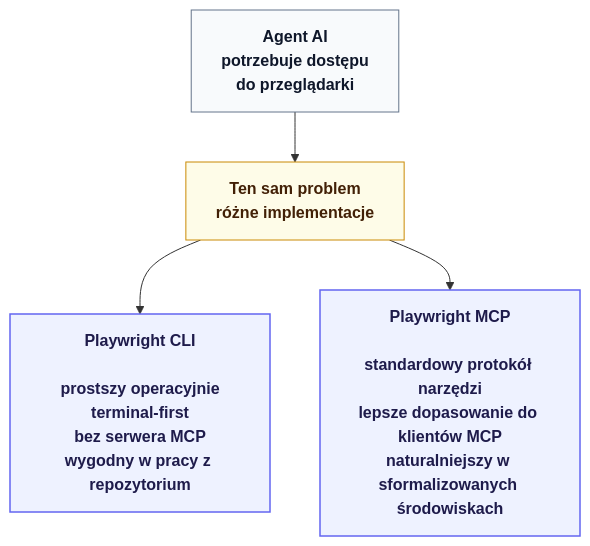
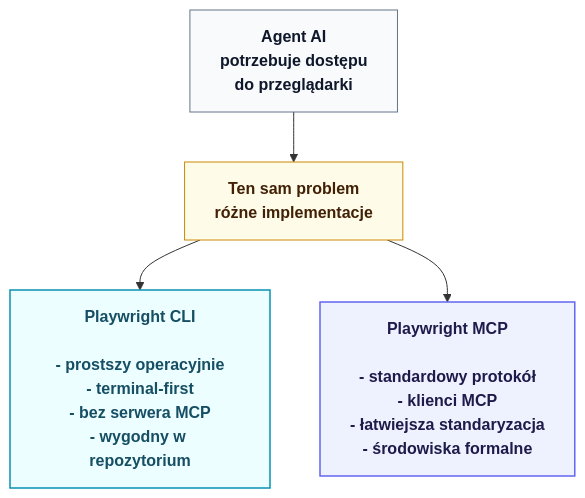
Before and after one commit to AI-Testers-pl/playwright-multiagent-demo: the diagram in BONUS-playwright-cli-vs-mcp.md, drawn with Mermaid.

Commit message:
Improve Playwright comparison diagram labels

````diff
--- a/BONUS-playwright-cli-vs-mcp.md
+++ b/BONUS-playwright-cli-vs-mcp.md
@@ -120,16 +120,18 @@
 ```mermaid
 flowchart TD
     Need["Agent AI<br/>potrzebuje dostępu<br/>do przeglądarki"]
     Need --> Same["Ten sam problem<br/>różne implementacje"]
 
-    Same --> CLI["Playwright CLI<br/><br/>prostszy operacyjnie<br/>terminal-first<br/>bez serwera MCP<br/>wygodny w pracy z repozytorium"]
-    Same --> MCP["Playwright MCP<br/><br/>standardowy protokół narzędzi<br/>lepsze dopasowanie do klientów MCP<br/>naturalniejszy w sformalizowanych środowiskach"]
+    Same --> CLI["Playwright CLI<br/><br/>- prostszy operacyjnie<br/>- terminal-first<br/>- bez serwera MCP<br/>- wygodny w repozytorium"]
+    Same --> MCP["Playwright MCP<br/><br/>- standardowy protokół<br/>- klienci MCP<br/>- łatwiejsza standaryzacja<br/>- środowiska formalne"]
 
     classDef root fill:#f8fafc,stroke:#64748b,stroke-width:1px,color:#0f172a,font-weight:bold;
     classDef shared fill:#fefce8,stroke:#ca8a04,stroke-width:1px,color:#422006,font-weight:bold;
-    classDef tool fill:#eef2ff,stroke:#6366f1,stroke-width:1.5px,color:#1e1b4b;
+    classDef cli fill:#ecfeff,stroke:#0891b2,stroke-width:1.5px,color:#164e63;
+    classDef mcp fill:#eef2ff,stroke:#6366f1,stroke-width:1.5px,color:#1e1b4b;
 
     class Need root;
     class Same shared;
-    class CLI,MCP tool;
+    class CLI cli;
+    class MCP mcp;
 ```
````
